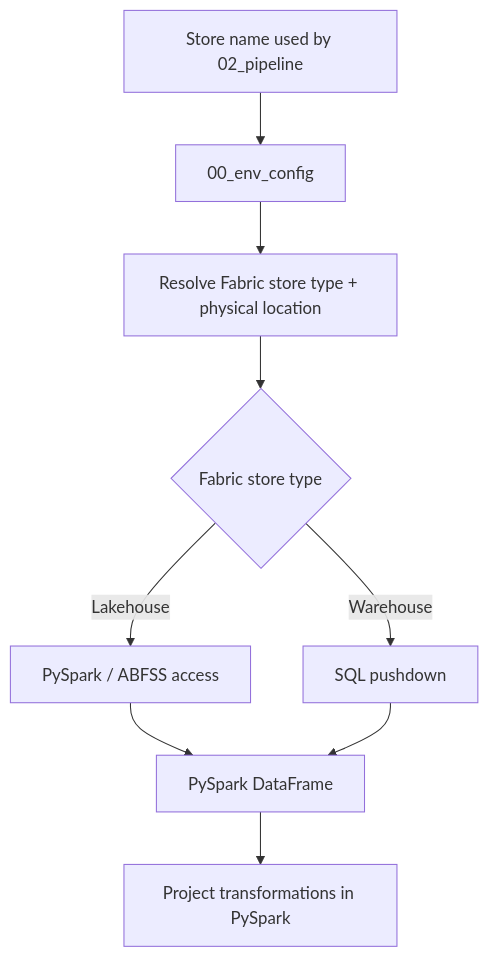
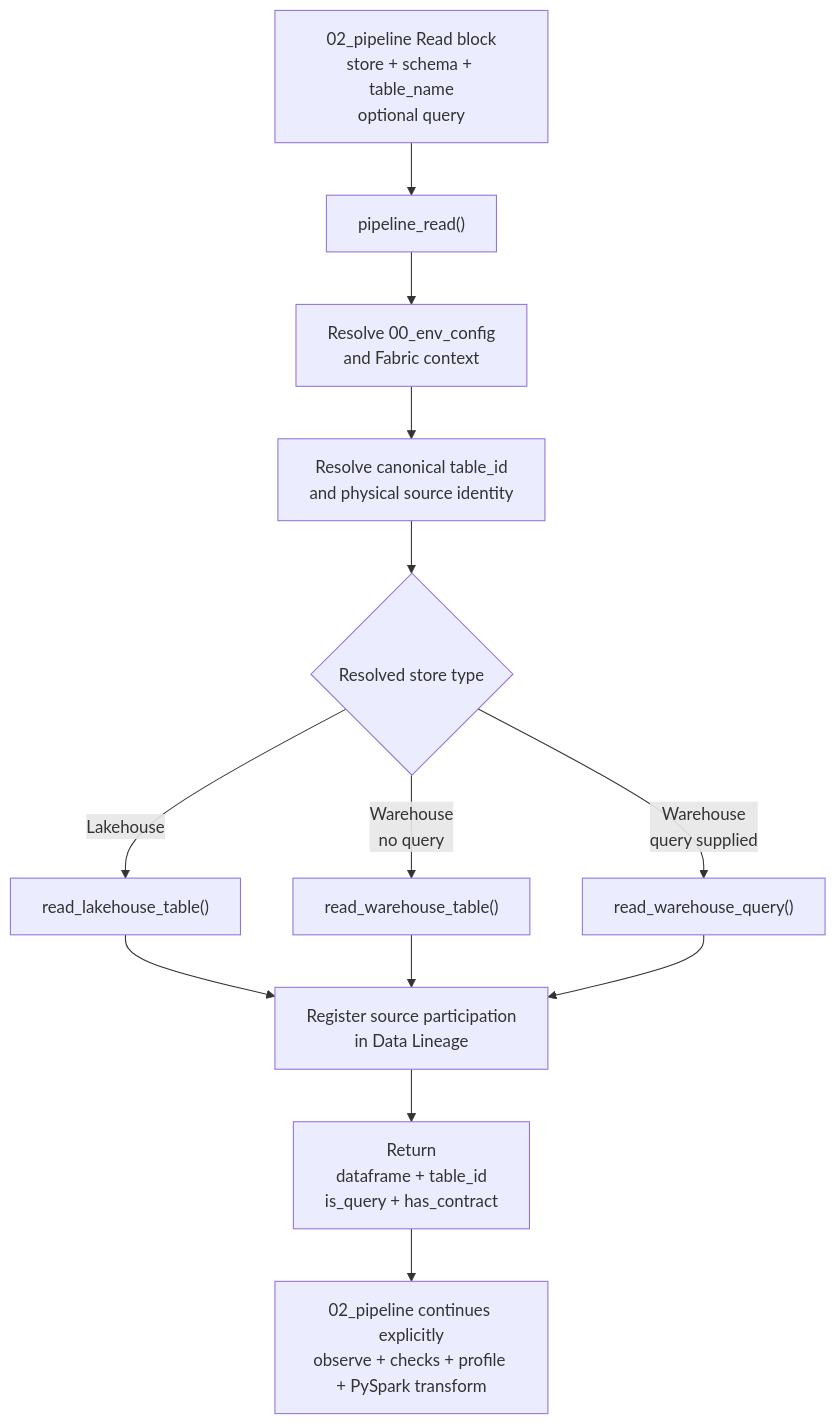
The first of 3 diagrams in docs/how-fabricops-works.md (Voycepeh/FabricOps-Starter-Kit), drawn with Mermaid before and after one commit. The commit also changed other lines of this file, not shown here.

Commit message:
Teach pipeline_read orchestration in How FabricOps works

````diff
--- a/docs/how-fabricops-works.md
+++ b/docs/how-fabricops-works.md
@@ -79,11 +100,19 @@
 ```mermaid
 flowchart TD
-    STORE["Store name used by 02_pipeline"] --> CONFIG["00_env_config"]
-    CONFIG --> RESOLVE["Resolve Fabric store type + physical location"]
-    RESOLVE --> TYPE{"Fabric store type"}
-    TYPE -->|Lakehouse| LH["PySpark / ABFSS access"]
-    TYPE -->|Warehouse| WH["SQL pushdown"]
-    LH --> DF["PySpark DataFrame"]
-    WH --> DF
-    DF --> TRANSFORM["Project transformations in PySpark"]
+    NB["02_pipeline Read block<br/>store + schema + table_name<br/>optional query"] --> PR["pipeline_read()"]
+
+    PR --> CTX["Resolve 00_env_config<br/>and Fabric context"]
+    CTX --> ID["Resolve canonical table_id<br/>and physical source identity"]
+    ID --> KIND{"Resolved store type"}
+
+    KIND -->|Lakehouse| LH["read_lakehouse_table()"]
+    KIND -->|Warehouse<br/>no query| WT["read_warehouse_table()"]
+    KIND -->|Warehouse<br/>query supplied| WQ["read_warehouse_query()"]
+
+    LH --> LIN["Register source participation<br/>in Data Lineage"]
+    WT --> LIN
+    WQ --> LIN
+
+    LIN --> OUT["Return<br/>dataframe + table_id<br/>is_query + has_contract"]
+    OUT --> EXPLICIT["02_pipeline continues explicitly<br/>observe + checks + profile + PySpark transform"]
 ```
````
